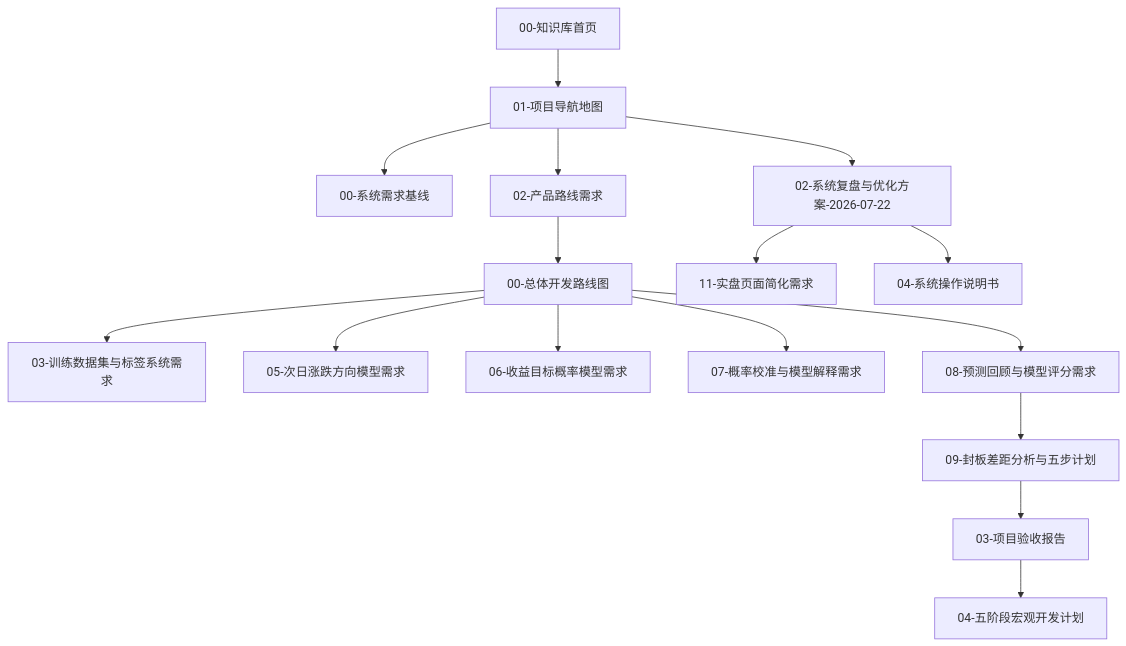
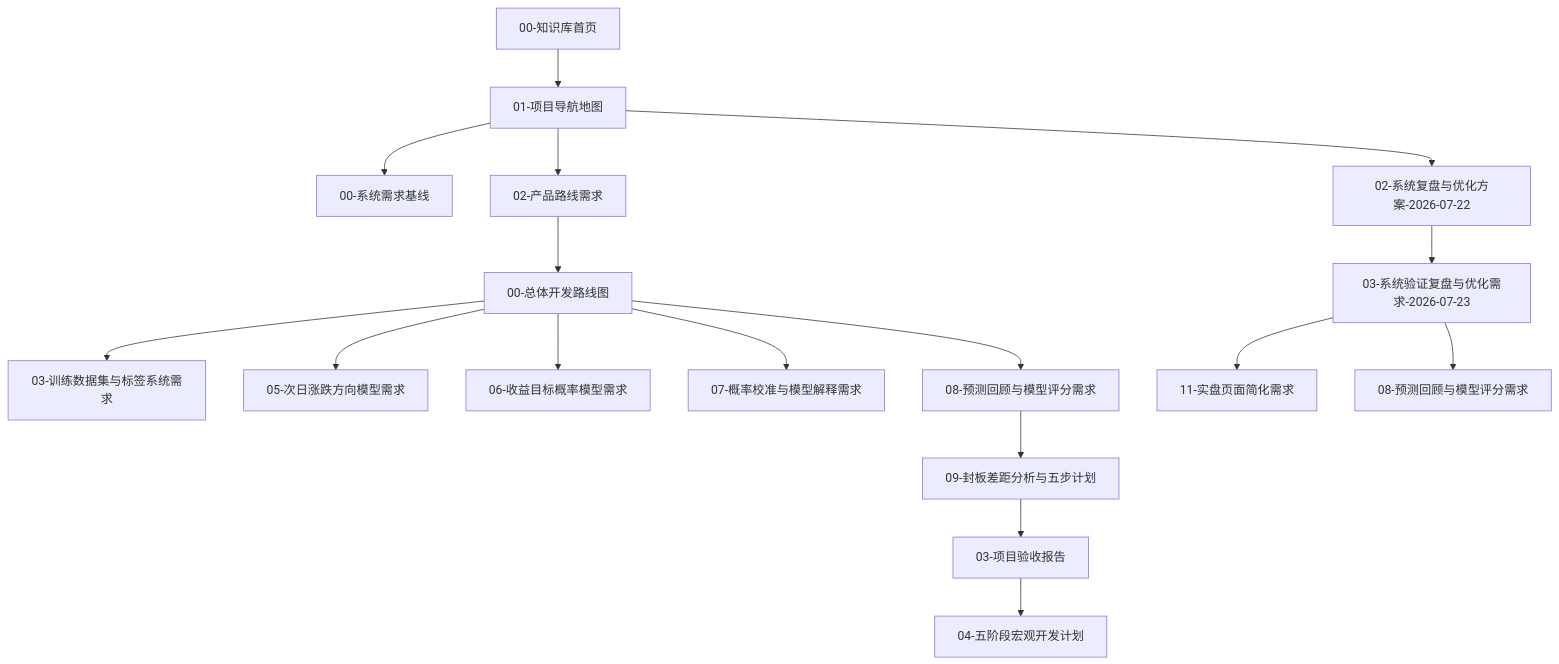
The diagram in obsidian-vault/00-系统入口/05-知识图谱关系索引.md (ixiaoxinxin/t_trade_system), drawn with Mermaid before and after one commit. The commit also changed other lines of this file and 6 other files, not shown here.

````diff
--- a/obsidian-vault/00-系统入口/05-知识图谱关系索引.md
+++ b/obsidian-vault/00-系统入口/05-知识图谱关系索引.md
@@ -25,18 +25,19 @@
 ```mermaid
 flowchart TD
     A["00-知识库首页"] --> B["01-项目导航地图"]
     B --> C["00-系统需求基线"]
     B --> D["02-产品路线需求"]
     D --> E["00-总体开发路线图"]
     E --> F["03-训练数据集与标签系统需求"]
     E --> G["05-次日涨跌方向模型需求"]
     E --> H["06-收益目标概率模型需求"]
     E --> I["07-概率校准与模型解释需求"]
     E --> J["08-预测回顾与模型评分需求"]
     J --> K["09-封板差距分析与五步计划"]
     K --> L["03-项目验收报告"]
     L --> M["04-五阶段宏观开发计划"]
     B --> N["02-系统复盘与优化方案-2026-07-22"]
-    N --> O["11-实盘页面简化需求"]
-    N --> P["04-系统操作说明书"]
+    N --> O["03-系统验证复盘与优化需求-2026-07-23"]
+    O --> P["11-实盘页面简化需求"]
+    O --> Q["08-预测回顾与模型评分需求"]
 ```
````
